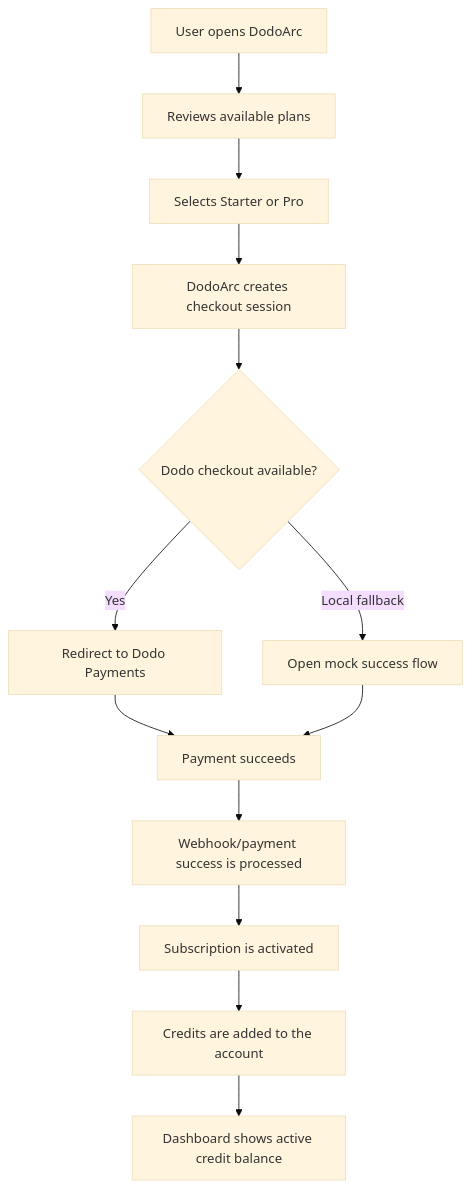
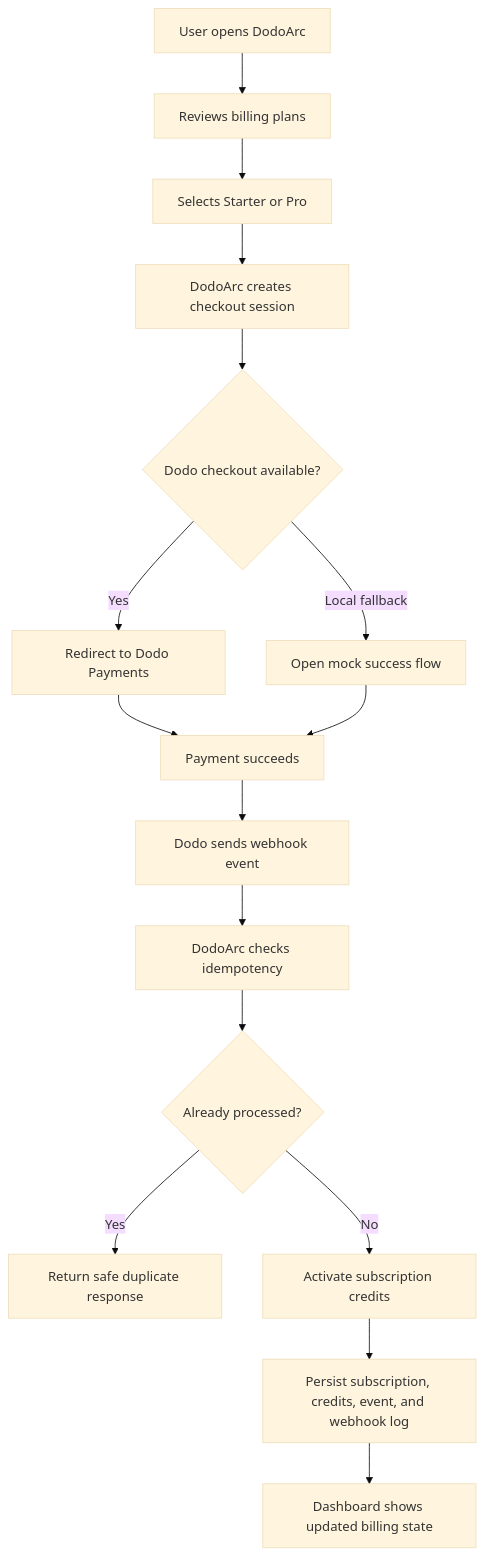
One commit to ShivamSoni20/DodoArc changed the second of 4 diagrams in README.md. Above: the diagram before and after it, drawn with Mermaid (base theme). The commit also changed other lines of this file, not shown here.

````diff
--- a/README.md
+++ b/README.md
@@ -67,15 +91,18 @@
 ```mermaid
 flowchart TD
-    A["User opens DodoArc"] --> B["Reviews available plans"]
+    A["User opens DodoArc"] --> B["Reviews billing plans"]
     B --> C["Selects Starter or Pro"]
     C --> D["DodoArc creates checkout session"]
     D --> E{"Dodo checkout available?"}
     E -->|Yes| F["Redirect to Dodo Payments"]
     E -->|Local fallback| G["Open mock success flow"]
     F --> H["Payment succeeds"]
     G --> H
-    H --> I["Webhook/payment success is processed"]
-    I --> J["Subscription is activated"]
-    J --> K["Credits are added to the account"]
-    K --> L["Dashboard shows active credit balance"]
+    H --> I["Dodo sends webhook event"]
+    I --> J["DodoArc checks idempotency"]
+    J --> K{"Already processed?"}
+    K -->|Yes| L["Return safe duplicate response"]
+    K -->|No| M["Activate subscription credits"]
+    M --> N["Persist subscription, credits, event, and webhook log"]
+    N --> O["Dashboard shows updated billing state"]
 ```
````
